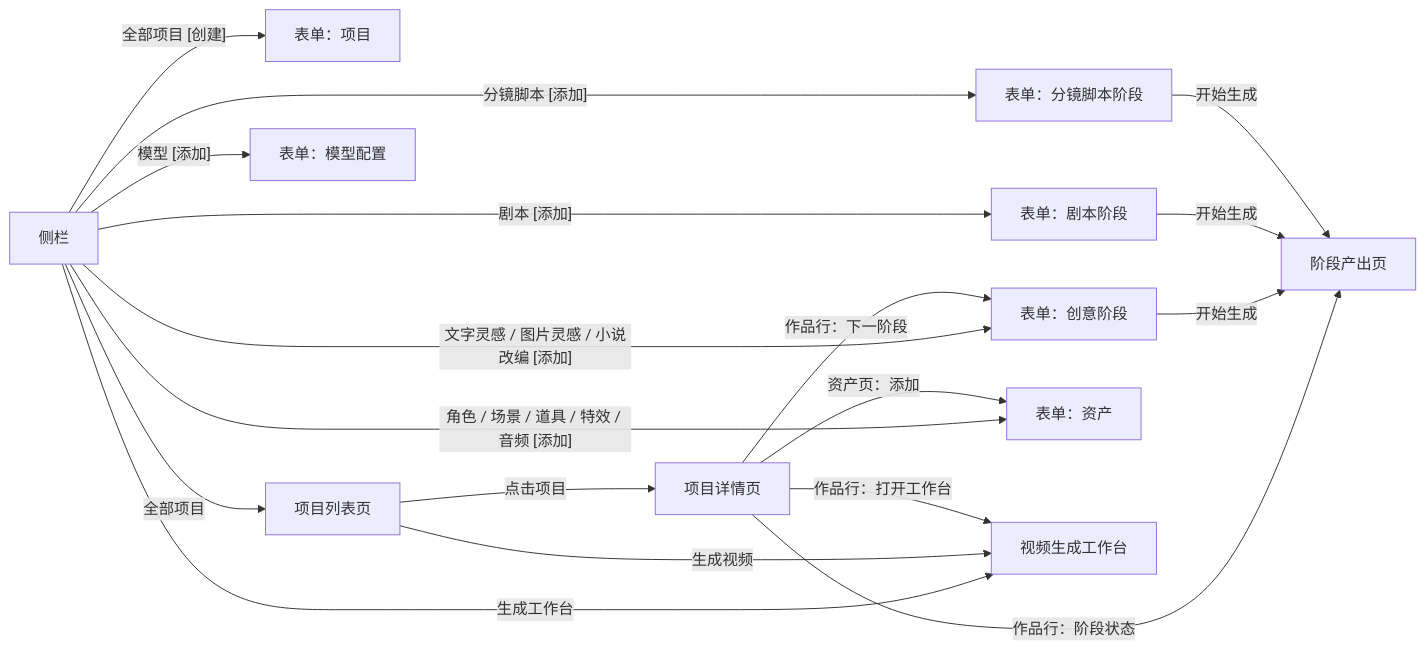
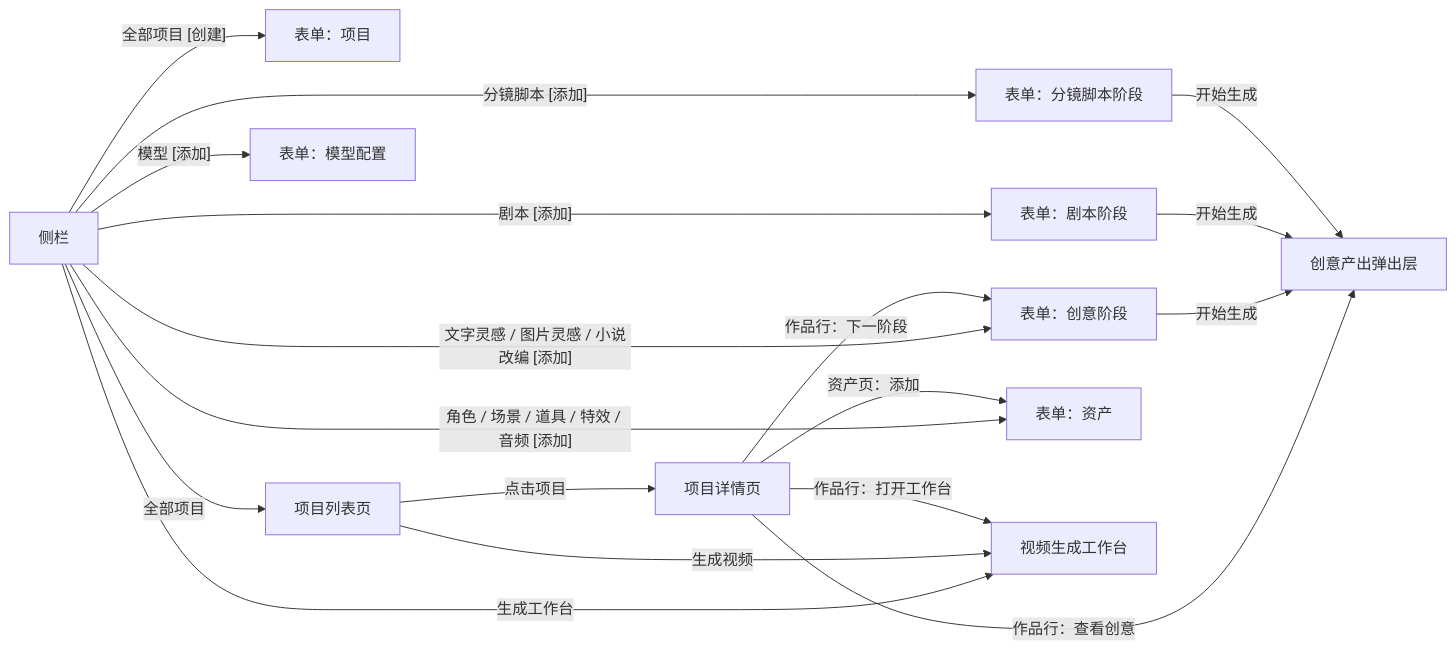
The diagram in docs/page-form-design.md (sengbin/ai-video-studio), drawn with Mermaid before and after one commit. The commit also changed other lines of this file and 14 other files, not shown here.

````diff
--- a/docs/page-form-design.md
+++ b/docs/page-form-design.md
@@ -9,20 +9,20 @@
 ```mermaid
 flowchart LR
   SB["侧栏"] -->|"全部项目 [创建]"| F1["表单：项目"]
   SB -->|"全部项目"| PL["项目列表页"]
   SB -->|"文字灵感 / 图片灵感 / 小说改编 [添加]"| F3["表单：创意阶段"]
   SB -->|"剧本 [添加]"| F4["表单：剧本阶段"]
   SB -->|"分镜脚本 [添加]"| F5["表单：分镜脚本阶段"]
   SB -->|"角色 / 场景 / 道具 / 特效 / 音频 [添加]"| F6["表单：资产"]
   SB -->|"模型 [添加]"| F7["表单：模型配置"]
   SB -->|"生成工作台"| WB["视频生成工作台"]
   PL -->|"点击项目"| PD["项目详情页"]
   PL -->|"生成视频"| WB
   PD -->|"作品行：下一阶段"| F3
   PD -->|"作品行：打开工作台"| WB
   PD -->|"资产页：添加"| F6
-  PD -->|"作品行：阶段状态"| RV["阶段产出页"]
+  PD -->|"作品行：查看创意"| RV["创意产出弹出层"]
   F3 -->|"开始生成"| RV
   F4 -->|"开始生成"| RV
   F5 -->|"开始生成"| RV
 ```
````
